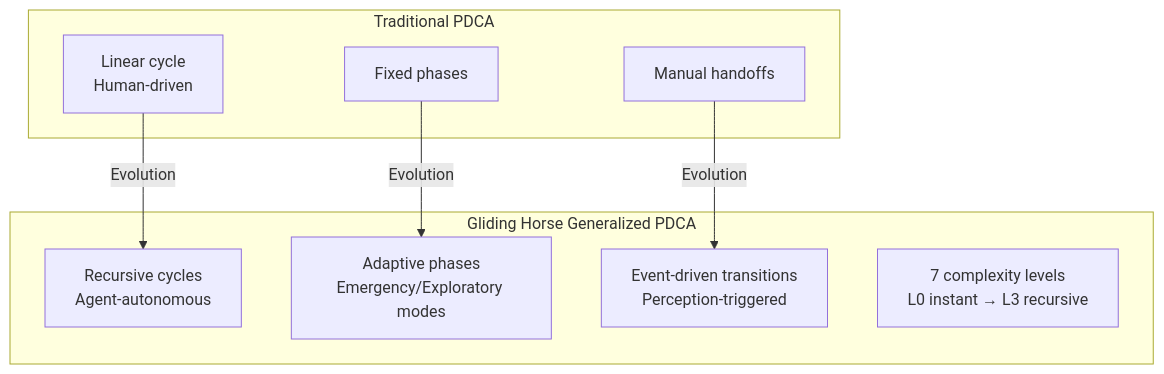
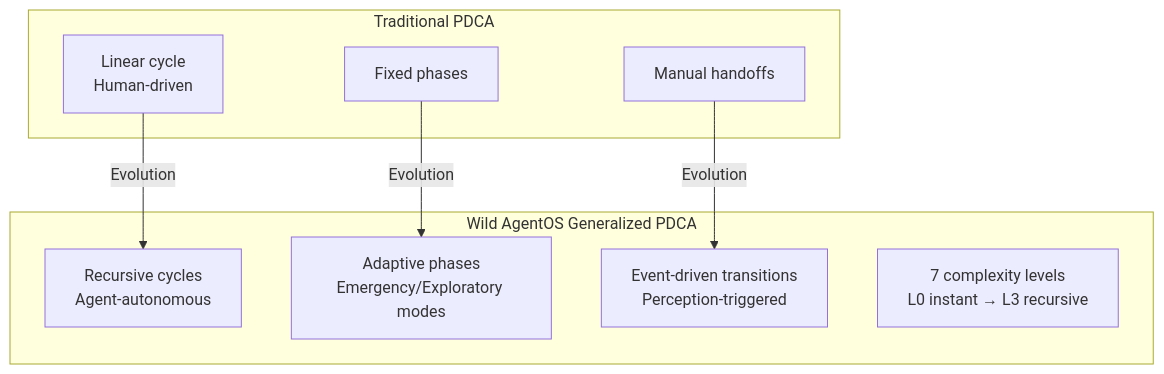
The first of 17 diagrams in docs/DESIGN_DETAIL.md (skaiy/Wild_AgentOS), drawn with Mermaid before and after one commit. The commit also changed other lines of this file and 8 other files, not shown here.

Commit message:
docs: update brand name to Wild AgentOS (如野智能体操作系统) in design detail documents

````diff
--- a/docs/DESIGN_DETAIL.md
+++ b/docs/DESIGN_DETAIL.md
@@ -13,19 +13,19 @@
 ```mermaid
 graph TB
     subgraph "Traditional PDCA"
         T1["Linear cycle<br/>Human-driven"]
         T2["Fixed phases"]
         T3["Manual handoffs"]
     end
     
-    subgraph "Gliding Horse Generalized PDCA"
+    subgraph "Wild AgentOS Generalized PDCA"
         G1["Recursive cycles<br/>Agent-autonomous"]
         G2["Adaptive phases<br/>Emergency/Exploratory modes"]
         G3["Event-driven transitions<br/>Perception-triggered"]
         G4["7 complexity levels<br/>L0 instant → L3 recursive"]
     end
     
     T1 -->|Evolution| G1
     T2 -->|Evolution| G2
     T3 -->|Evolution| G3
 ```
````
